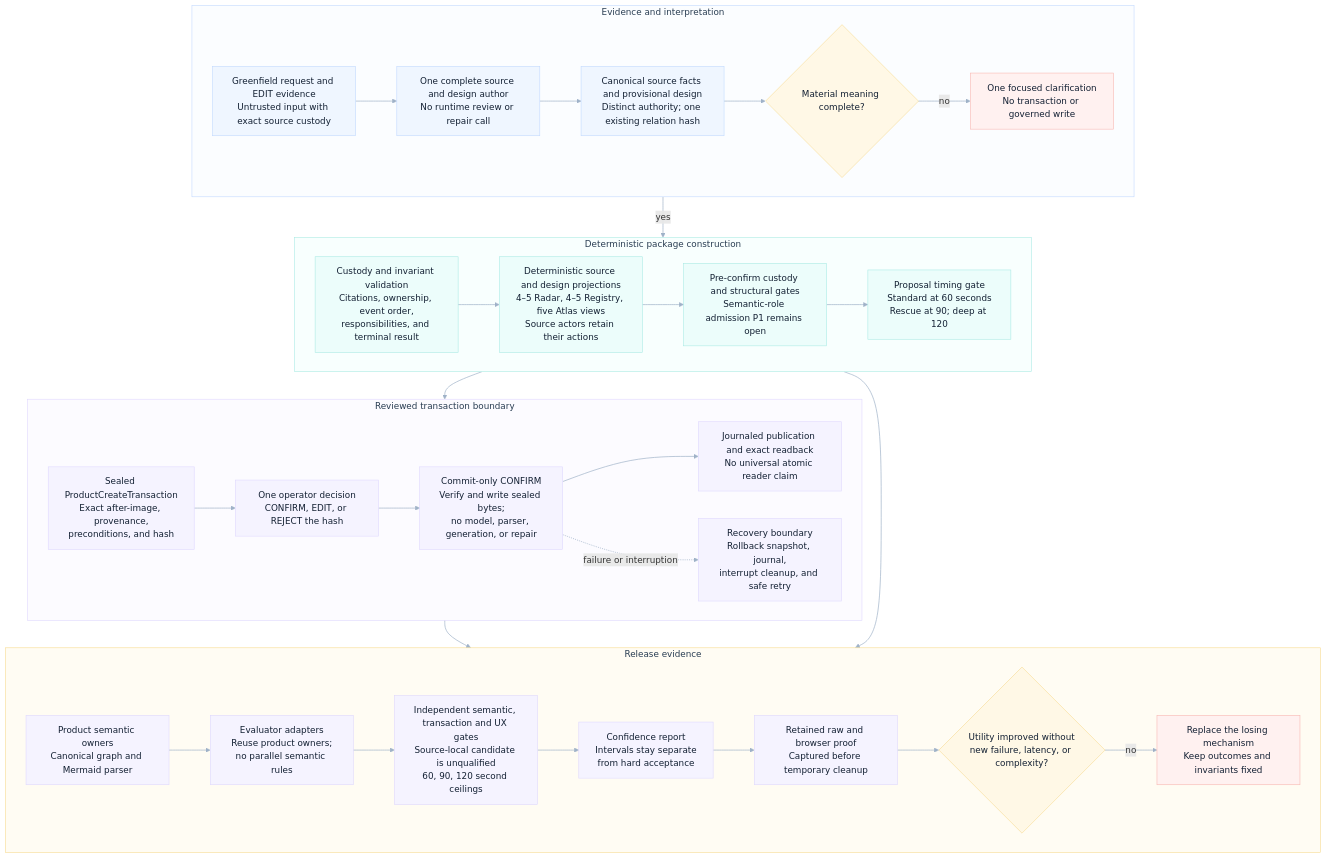
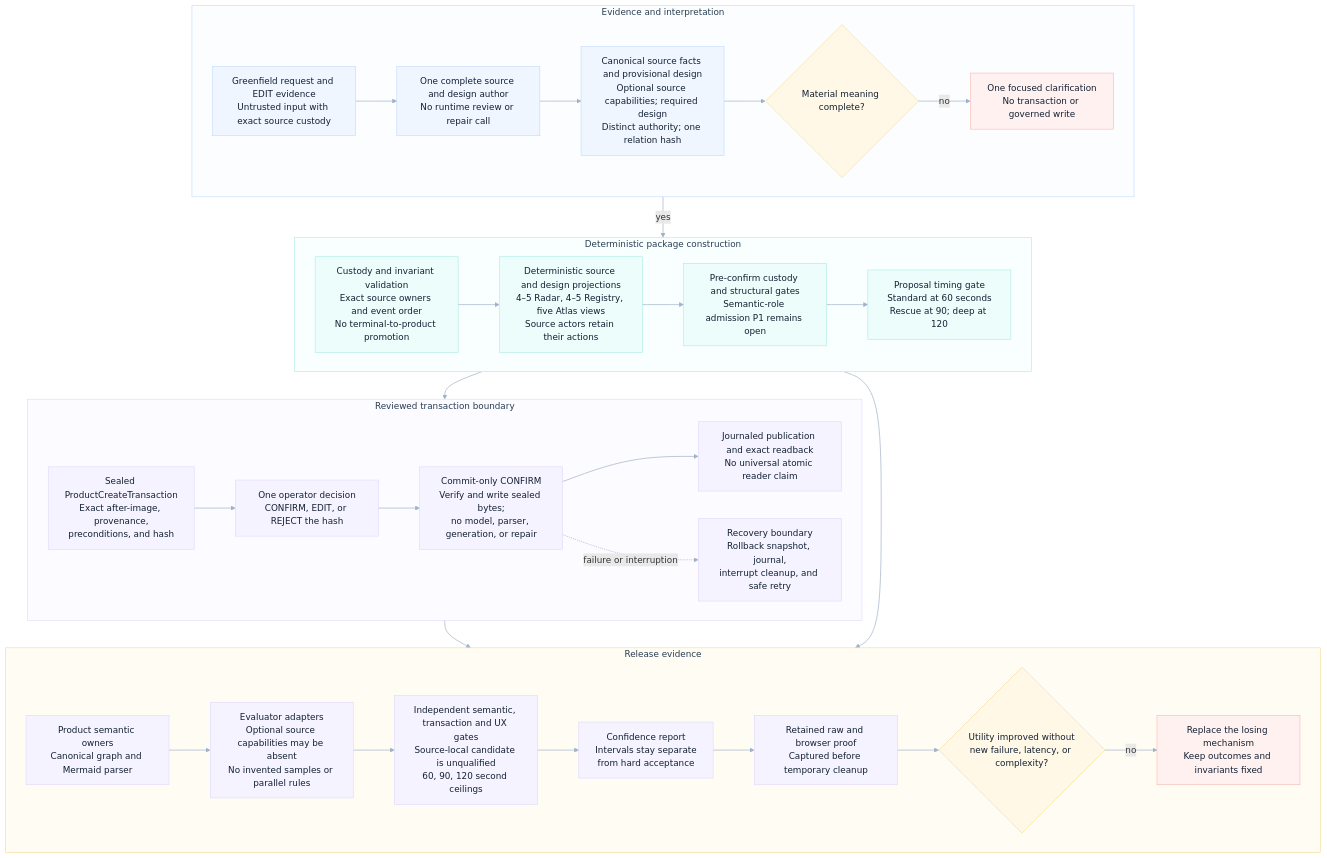
The diagram in odylith/atlas/source/domain-intelligence-greenfield-governance.mmd (odylith/odylith), drawn with Mermaid before and after one commit. The commit also changed 75 other files, not shown here.

Commit message:
Remove synthetic source-component ownership from Greenfield

```diff
--- a/odylith/atlas/source/domain-intelligence-greenfield-governance.mmd
+++ b/odylith/atlas/source/domain-intelligence-greenfield-governance.mmd
@@ -1,66 +1,66 @@
 flowchart TB
     subgraph evidence_lane["Evidence and interpretation"]
       direction LR
       request["Greenfield request and EDIT evidence<br/>Untrusted input with exact source custody"]
       model_pass["One complete source and design author<br/>No runtime review or repair call"]
-      typed_graph["Canonical source facts and provisional design<br/>Distinct authority; one existing relation hash"]
+      typed_graph["Canonical source facts and provisional design<br/>Optional source capabilities; required design<br/>Distinct authority; one relation hash"]
       ambiguity{"Material meaning complete?"}
       clarify["One focused clarification<br/>No transaction or governed write"]
       request --> model_pass --> typed_graph --> ambiguity
       ambiguity -- "no" --> clarify
     end
 
     subgraph projection_lane["Deterministic package construction"]
       direction LR
-      custody["Custody and invariant validation<br/>Citations, ownership, event order,<br/>responsibilities, and terminal result"]
+      custody["Custody and invariant validation<br/>Exact source owners and event order<br/>No terminal-to-product promotion"]
       projections["Deterministic source and design projections<br/>4–5 Radar, 4–5 Registry, five Atlas views<br/>Source actors retain their actions"]
       quality["Pre-confirm custody and structural gates<br/>Semantic-role admission P1 remains open"]
       timing["Proposal timing gate<br/>Standard at 60 seconds<br/>Rescue at 90; deep at 120"]
       custody --> projections --> quality --> timing
     end
 
     subgraph transaction_lane["Reviewed transaction boundary"]
       direction LR
       sealed["Sealed ProductCreateTransaction<br/>Exact after-image, provenance,<br/>preconditions, and hash"]
       decision["One operator decision<br/>CONFIRM, EDIT, or REJECT the hash"]
       confirm["Commit-only CONFIRM<br/>Verify and write sealed bytes;<br/>no model, parser, generation, or repair"]
       publish["Journaled publication and exact readback<br/>No universal atomic reader claim"]
       recovery["Recovery boundary<br/>Rollback snapshot, journal,<br/>interrupt cleanup, and safe retry"]
       sealed --> decision --> confirm --> publish
       confirm -. "failure or interruption" .-> recovery
     end
 
     subgraph proof_lane["Release evidence"]
       direction LR
       owners["Product semantic owners<br/>Canonical graph and Mermaid parser"]
-      evaluator["Evaluator adapters<br/>Reuse product owners;<br/>no parallel semantic rules"]
+      evaluator["Evaluator adapters<br/>Optional source capabilities may be absent<br/>No invented samples or parallel rules"]
       acceptance["Independent semantic, transaction and UX gates<br/>Source-local candidate is unqualified<br/>60, 90, 120 second ceilings"]
       confidence["Confidence report<br/>Intervals stay separate<br/>from hard acceptance"]
       retained["Retained raw and browser proof<br/>Captured before temporary cleanup"]
       drift{"Utility improved without<br/>new failure, latency, or complexity?"}
       replace["Replace the losing mechanism<br/>Keep outcomes and invariants fixed"]
       owners --> evaluator --> acceptance --> confidence --> retained --> drift
       drift -- "no" --> replace
     end
 
     ambiguity -- "yes" --> custody
     timing --> sealed
     quality --> evaluator
     publish --> retained
 
     classDef primary fill:#EFF6FF,stroke:#BFD7FE,color:#132033,stroke-width:1px;
     classDef execution fill:#ECFDFB,stroke:#A7E9E3,color:#132033,stroke-width:1px;
     classDef governance fill:#F5F3FF,stroke:#DDD6FE,color:#132033,stroke-width:1px;
     classDef constraint fill:#FFF8E6,stroke:#F6D98B,color:#132033,stroke-width:1px;
     classDef invalid fill:#FFF1F0,stroke:#F7B4AE,color:#132033,stroke-width:1px;
     class request,model_pass,typed_graph primary;
     class custody,projections,quality,timing execution;
     class sealed,decision,confirm,publish,recovery,owners,evaluator,acceptance,confidence,retained governance;
     class ambiguity,drift constraint;
     class clarify,replace invalid;
 
     style evidence_lane fill:#FBFDFF,stroke:#BFD7FE,stroke-width:1px,color:#293D52
     style projection_lane fill:#F8FFFE,stroke:#A7E9E3,stroke-width:1px,color:#293D52
     style transaction_lane fill:#FCFBFF,stroke:#DDD6FE,stroke-width:1px,color:#293D52
     style proof_lane fill:#FFFCF3,stroke:#F6D98B,stroke-width:1px,color:#293D52
     linkStyle default stroke:#9FB2C8,stroke-width:1.25px
```
